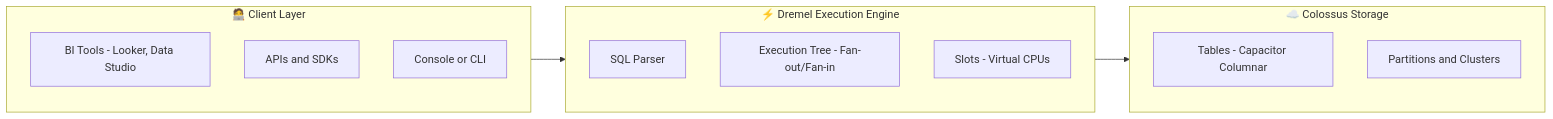
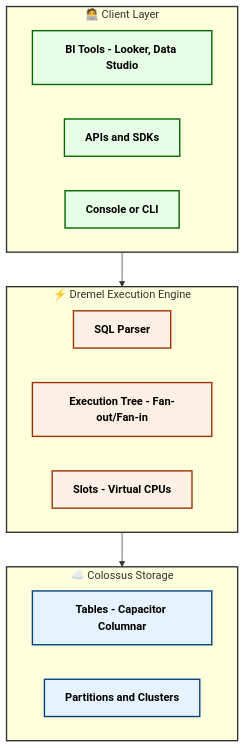
The first of 5 diagrams in GCP-interview.md (blaire101/DE2-AWS-Azure-GCP-2025), drawn with Mermaid before and after one commit. The commit also changed other lines of this file, not shown here.

````diff
--- a/GCP-interview.md
+++ b/GCP-interview.md
@@ -16,22 +16,36 @@
 ```mermaid
-flowchart LR
-    subgraph Storage["☁️ Colossus Storage"]
-        T1[Tables - Capacitor Columnar]
-        P1[Partitions and Clusters]
-    end
-
-    subgraph Compute["⚡ Dremel Execution Engine"]
-        Q1[SQL Parser]
-        Q2[Execution Tree - Fan-out/Fan-in]
-        Q3[Slots - Virtual CPUs]
-    end
-
-    subgraph Client["🧑‍💻 Client Layer"]
-        U1[BI Tools - Looker, Data Studio]
-        U2[APIs and SDKs]
-        U3[Console or CLI]
-    end
-
+flowchart TD
+ subgraph Client["🧑‍💻 Client Layer"]
+        U1["BI Tools - Looker, Data Studio"]
+        U2["APIs and SDKs"]
+        U3["Console or CLI"]
+  end
+ subgraph Compute["⚡ Dremel Execution Engine"]
+        Q1["SQL Parser"]
+        Q2["Execution Tree - Fan-out/Fan-in"]
+        Q3["Slots - Virtual CPUs"]
+  end
+ subgraph Storage["☁️ Colossus Storage"]
+        T1["Tables - Capacitor Columnar"]
+        P1["Partitions and Clusters"]
+  end
     Client --> Compute
     Compute --> Storage
+
+     U1:::client
+     U2:::client
+     U3:::client
+     Q1:::compute
+     Q2:::compute
+     Q3:::compute
+     T1:::storage
+     P1:::storage
+     Client:::linkstroke
+     Compute:::linkstroke
+     Storage:::linkstroke
+    classDef storage fill:#e6f2ff,stroke:#004080,stroke-width:2px,color:#000,font-weight:bold
+    classDef compute fill:#fff0e6,stroke:#993300,stroke-width:2px,color:#000,font-weight:bold
+    classDef client fill:#e6ffe6,stroke:#006600,stroke-width:2px,color:#000,font-weight:bold
+    classDef linkstroke stroke:#333,stroke-width:2px
+
 ```
````
